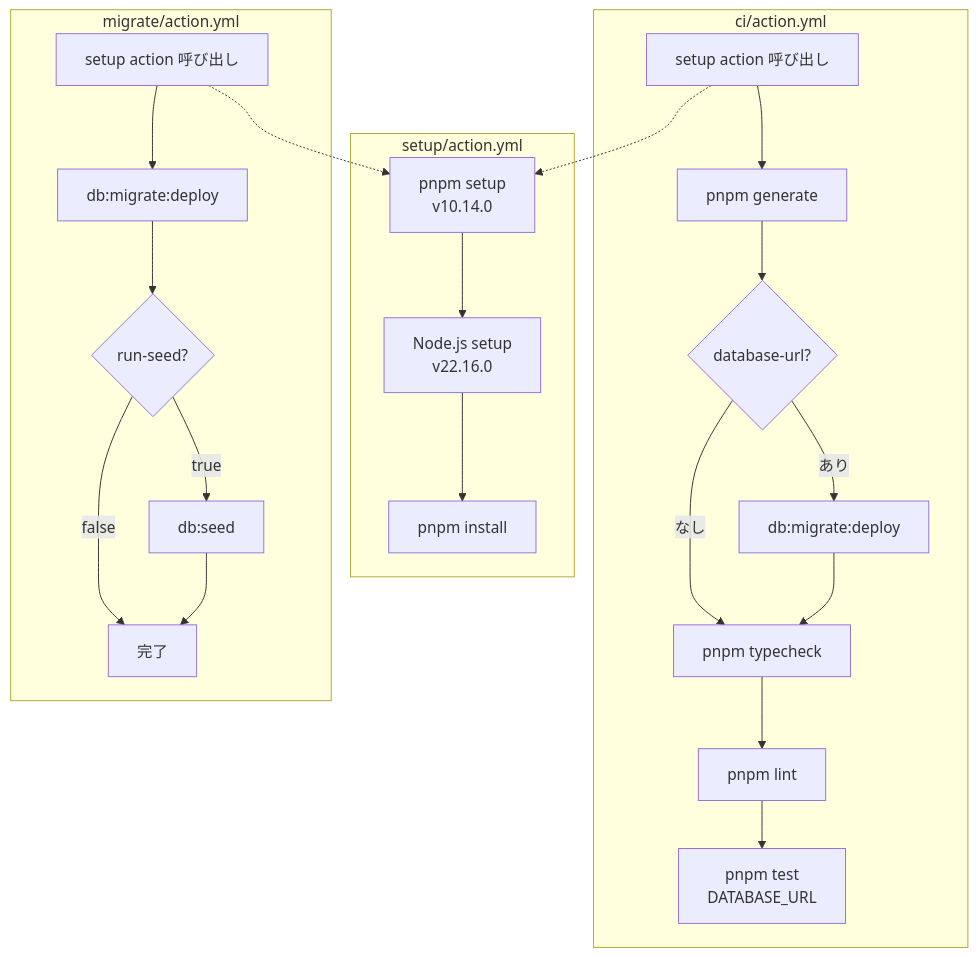
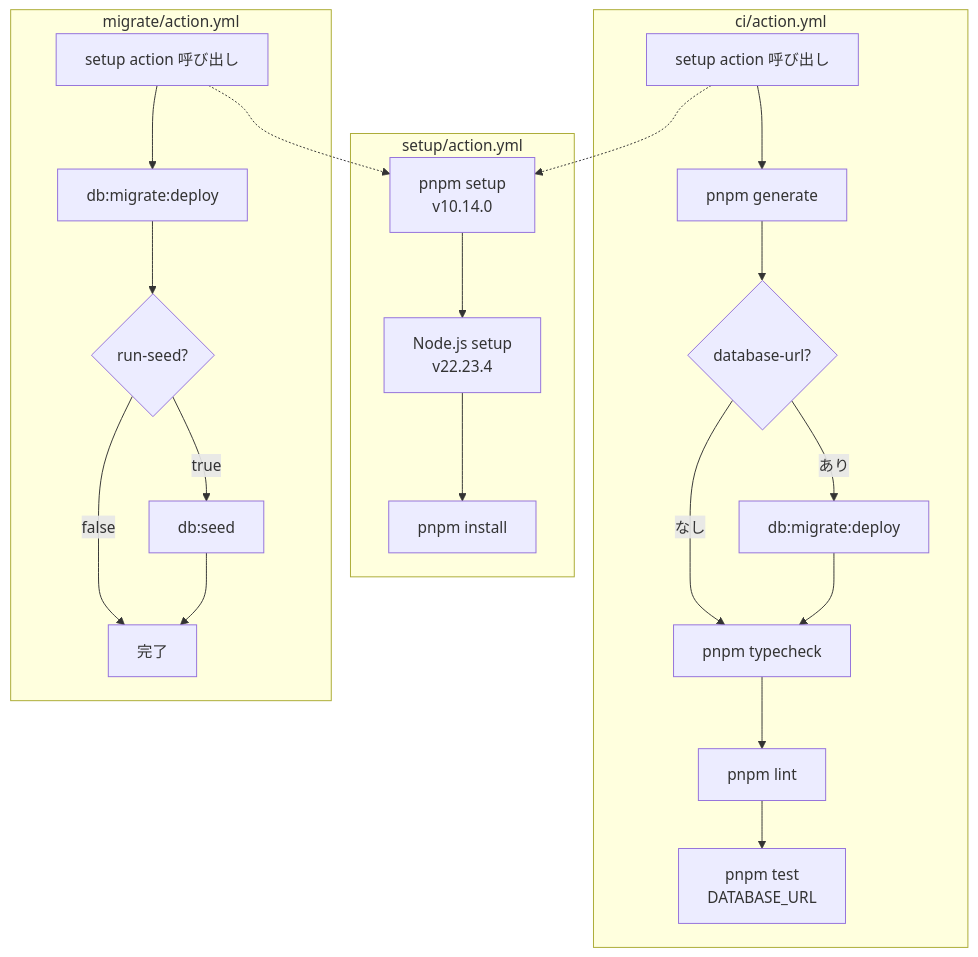
One commit to einja-inc/einja-management-template changed the third of 14 diagrams in docs/einja/steering/infrastructure/deployment.md. Above: the diagram before and after it, drawn with Mermaid. The commit also changed 6 other files, not shown here.

First line of the commit message:
chore(deps): Node.js を 22.23.4 に上げ、CI の setup-node で最新パッチを使う

````diff
--- a/docs/einja/steering/infrastructure/deployment.md
+++ b/docs/einja/steering/infrastructure/deployment.md
@@ -170,28 +170,28 @@
 ```mermaid
 flowchart TB
     subgraph "setup/action.yml"
-        S1[pnpm setup<br/>v10.14.0] --> S2[Node.js setup<br/>v22.16.0]
+        S1[pnpm setup<br/>v10.14.0] --> S2[Node.js setup<br/>v22.23.4]
         S2 --> S3[pnpm install]
     end
 
     subgraph "ci/action.yml"
         C1[setup action 呼び出し] --> C2[pnpm generate]
         C2 --> C2B{database-url?}
         C2B -->|あり| C2C[db:migrate:deploy]
         C2B -->|なし| C3
         C2C --> C3[pnpm typecheck]
         C3 --> C4[pnpm lint]
         C4 --> C5[pnpm test<br/>DATABASE_URL]
     end
 
     subgraph "migrate/action.yml"
         M1[setup action 呼び出し] --> M3[db:migrate:deploy]
         M3 --> M4{run-seed?}
         M4 -->|true| M5[db:seed]
         M4 -->|false| M6[完了]
         M5 --> M6
     end
 
     C1 -.-> S1
     M1 -.-> S1
 ```
````
